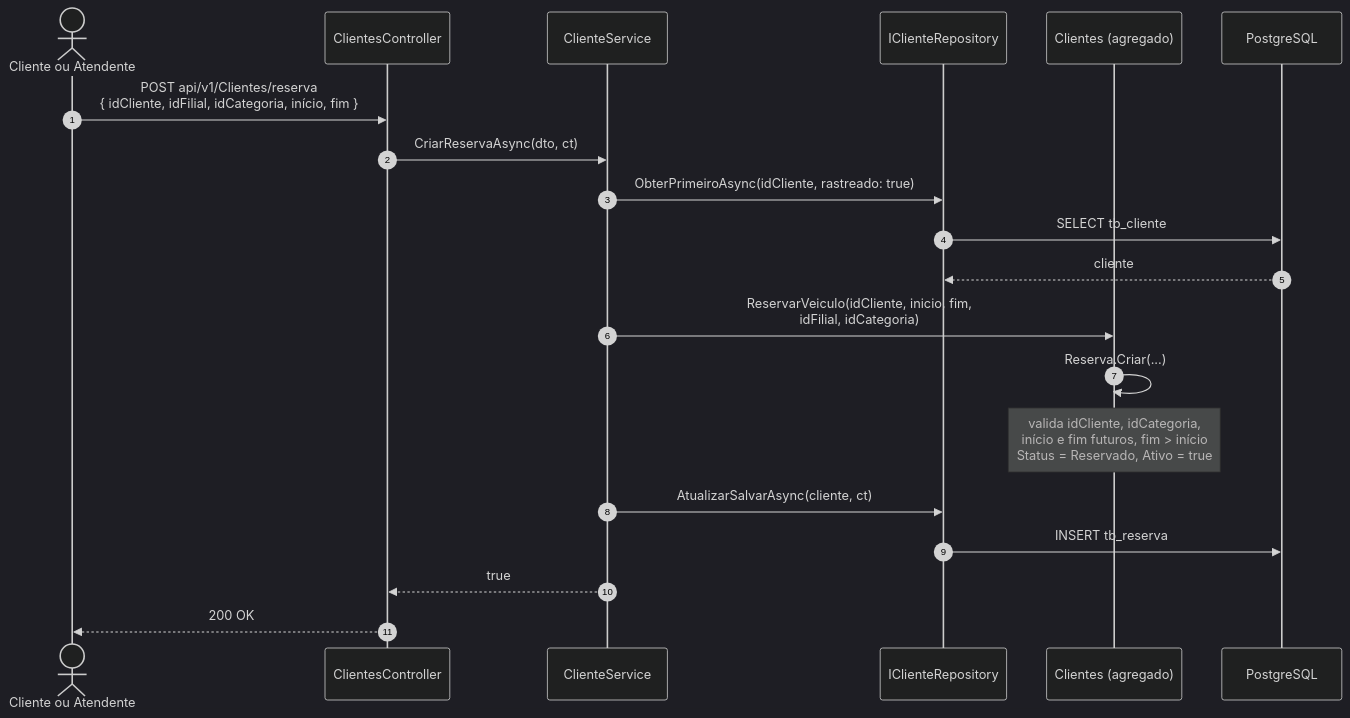
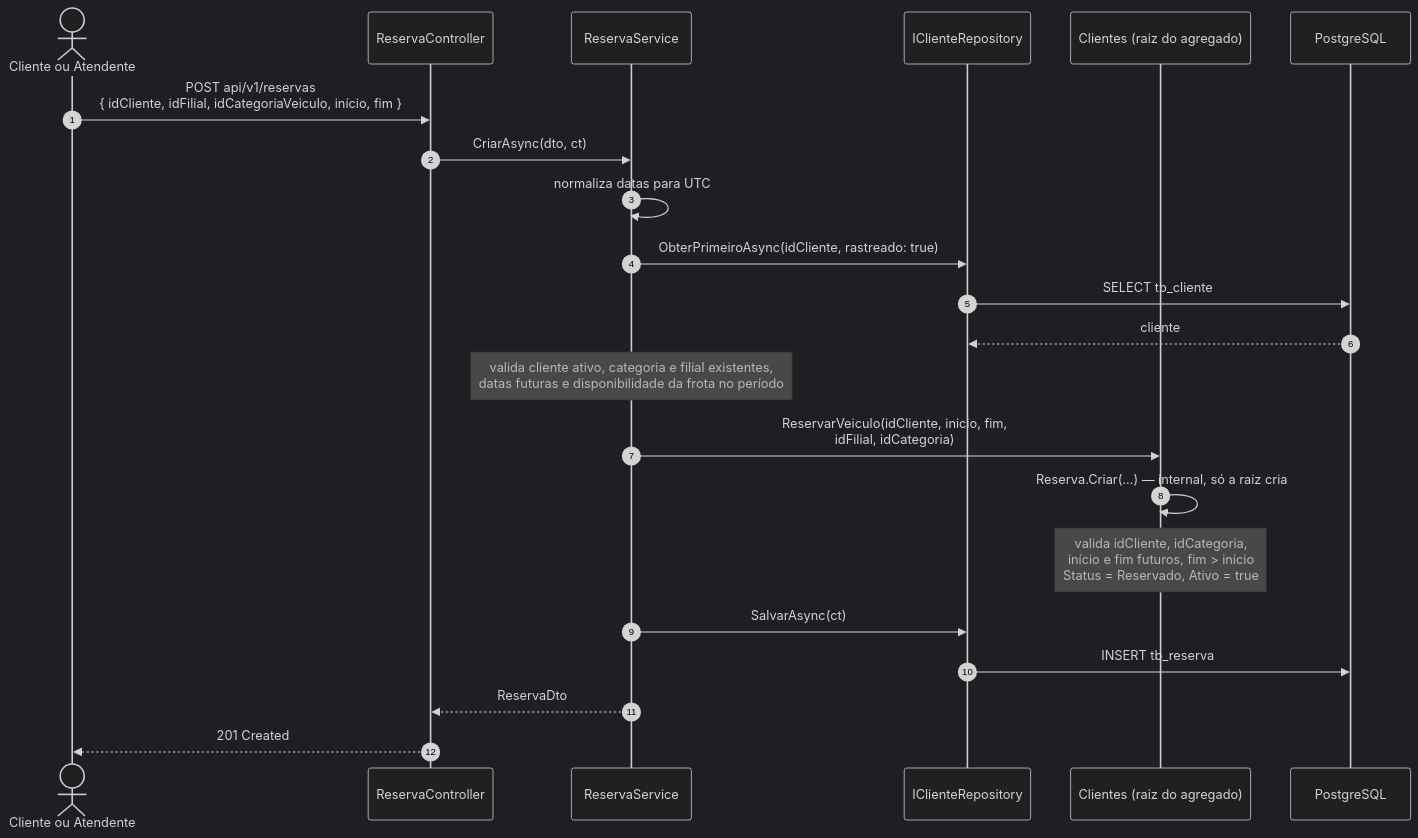
Before and after one commit to andreo210/Locadora_Auto: the fourth of 12 diagrams in docs/06-diagramas-de-sequencia.md, drawn with Mermaid (dark theme). The commit also changed other lines of this file and 32 other files, not shown here.

````diff
--- a/docs/06-diagramas-de-sequencia.md
+++ b/docs/06-diagramas-de-sequencia.md
@@ -143,23 +143,25 @@
 ```mermaid
 sequenceDiagram
     autonumber
     actor Cli as Cliente ou Atendente
-    participant Ctl as ClientesController
-    participant Svc as ClienteService
+    participant Ctl as ReservaController
+    participant Svc as ReservaService
     participant Rep as IClienteRepository
-    participant Cliente as Clientes (agregado)
+    participant Cliente as Clientes (raiz do agregado)
     participant Db as PostgreSQL
 
-    Cli->>Ctl: POST api/v1/Clientes/reserva<br/>{ idCliente, idFilial, idCategoria, início, fim }
-    Ctl->>Svc: CriarReservaAsync(dto, ct)
+    Cli->>Ctl: POST api/v1/reservas<br/>{ idCliente, idFilial, idCategoriaVeiculo, início, fim }
+    Ctl->>Svc: CriarAsync(dto, ct)
+    Svc->>Svc: normaliza datas para UTC
     Svc->>Rep: ObterPrimeiroAsync(idCliente, rastreado: true)
     Rep->>Db: SELECT tb_cliente
     Db-->>Rep: cliente
+    Note over Svc: valida cliente ativo, categoria e filial existentes,<br/>datas futuras e disponibilidade da frota no período
     Svc->>Cliente: ReservarVeiculo(idCliente, inicio, fim,<br/>idFilial, idCategoria)
-    Cliente->>Cliente: Reserva.Criar(...)
+    Cliente->>Cliente: Reserva.Criar(...) — internal, só a raiz cria
     Note over Cliente: valida idCliente, idCategoria,<br/>início e fim futuros, fim > início<br/>Status = Reservado, Ativo = true
-    Svc->>Rep: AtualizarSalvarAsync(cliente, ct)
+    Svc->>Rep: SalvarAsync(ct)
     Rep->>Db: INSERT tb_reserva
-    Svc-->>Ctl: true
-    Ctl-->>Cli: 200 OK
+    Svc-->>Ctl: ReservaDto
+    Ctl-->>Cli: 201 Created
 ```
````
